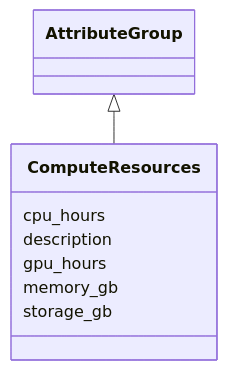
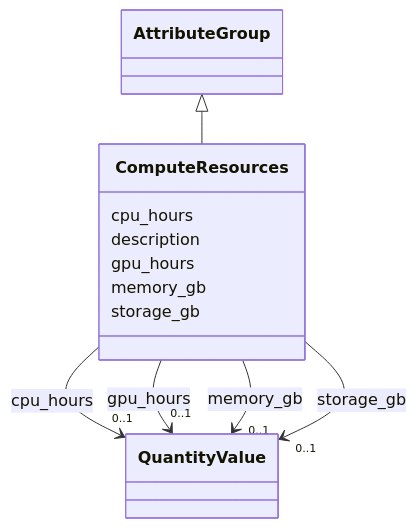
Before and after one commit to lambda-ber/lambda-ber-schema: the diagram in docs/elements/ComputeResources.md, drawn with Mermaid. The commit also changed other lines of this file and 404 other files, not shown here.

Commit message:
Update schema artifacts

````diff
--- a/docs/elements/ComputeResources.md
+++ b/docs/elements/ComputeResources.md
@@ -18,19 +18,55 @@
 ```mermaid
  classDiagram
     class ComputeResources
     click ComputeResources href "../ComputeResources/"
       AttributeGroup <|-- ComputeResources
         click AttributeGroup href "../AttributeGroup/"
       
       ComputeResources : cpu_hours
         
+          
+    
+        
+        
+        ComputeResources --> "0..1" QuantityValue : cpu_hours
+        click QuantityValue href "../QuantityValue/"
+    
+
+        
       ComputeResources : description
         
       ComputeResources : gpu_hours
         
+          
+    
+        
+        
+        ComputeResources --> "0..1" QuantityValue : gpu_hours
+        click QuantityValue href "../QuantityValue/"
+    
+
+        
       ComputeResources : memory_gb
+        
+          
+    
+        
+        
+        ComputeResources --> "0..1" QuantityValue : memory_gb
+        click QuantityValue href "../QuantityValue/"
+    
+
         
       ComputeResources : storage_gb
         
+          
+    
+        
+        
+        ComputeResources --> "0..1" QuantityValue : storage_gb
+        click QuantityValue href "../QuantityValue/"
+    
+
+        
       
 ```
````
